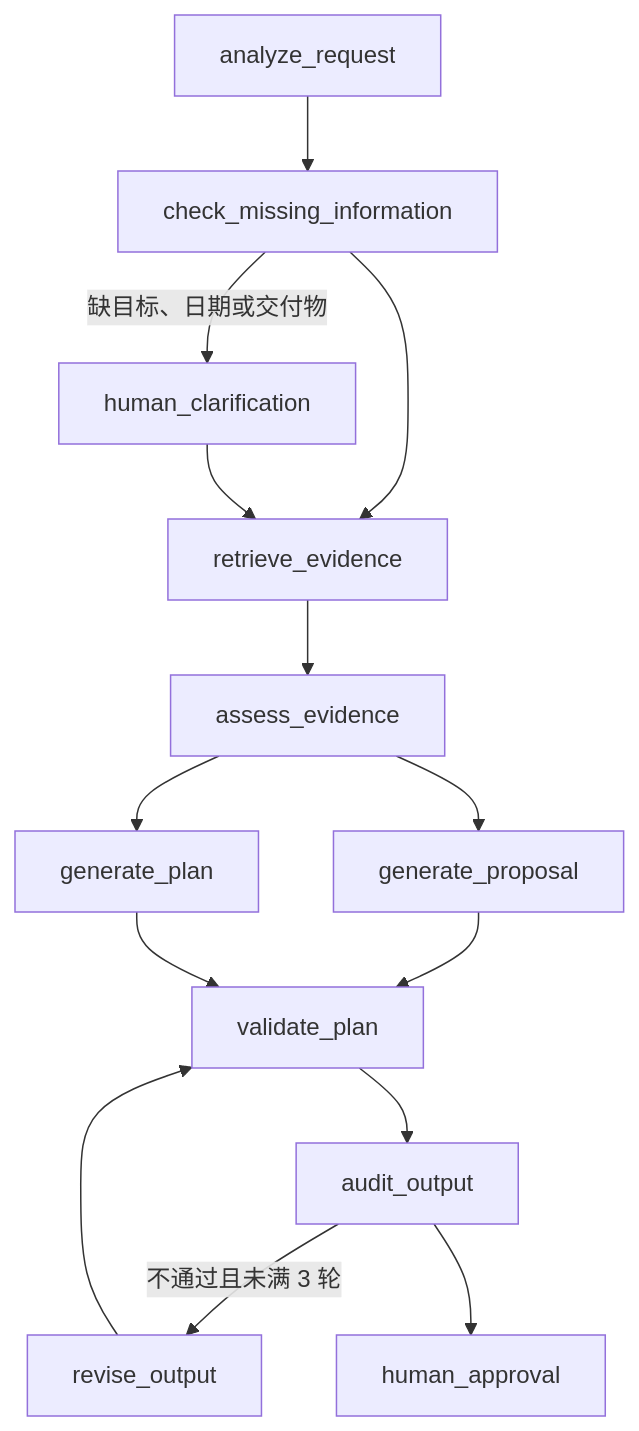
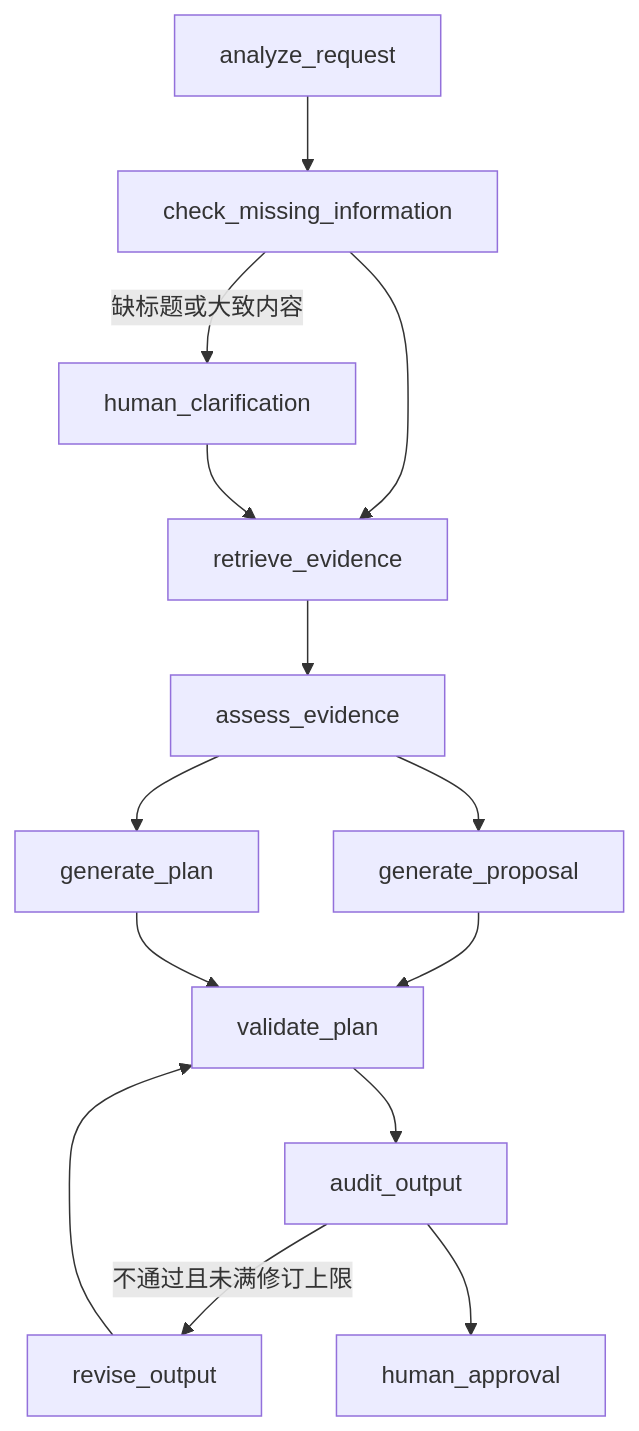
Before and after one commit to uuid009/pro_planner: the second of 2 diagrams in README.md, drawn with Mermaid. The commit also changed other lines of this file and 15 other files, not shown here.

````diff
--- a/README.md
+++ b/README.md
@@ -182,16 +182,16 @@
 ```mermaid
 flowchart TD
   analyze[analyze_request] --> missing[check_missing_information]
-  missing -->|缺目标、日期或交付物| clarify[human_clarification]
+  missing -->|缺标题或大致内容| clarify[human_clarification]
   missing --> retrieve[retrieve_evidence]
   clarify --> retrieve
   retrieve --> assess[assess_evidence]
   assess --> proposal[generate_proposal]
   assess --> plan[generate_plan]
   proposal --> validate[validate_plan]
   plan --> validate
   validate --> audit[audit_output]
-  audit -->|不通过且未满 3 轮| revise[revise_output]
+  audit -->|不通过且未满修订上限| revise[revise_output]
   revise --> validate
   audit --> approval[human_approval]
 ```
````
